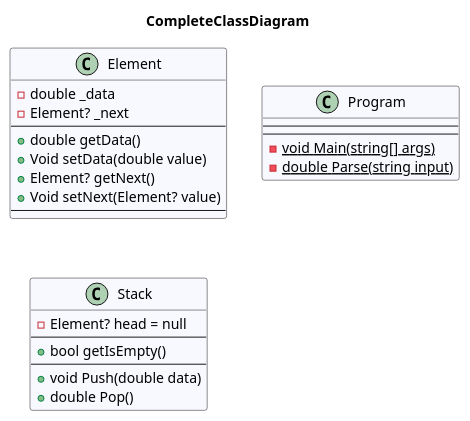
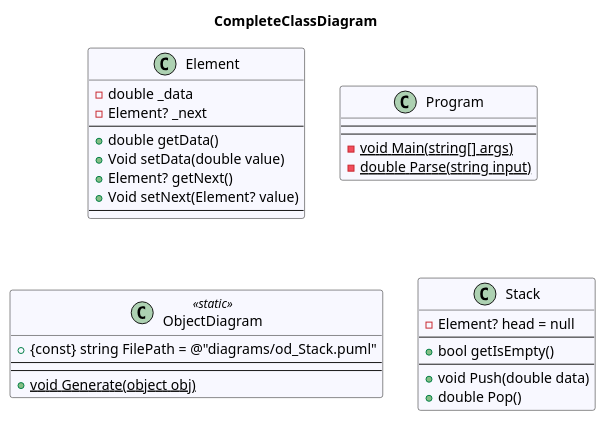
Before and after one commit to leoggehrer/2324-34_ABIF_ACIF_POSE: the diagram in UPNCalculator.ConApp/diagrams/CompleteClassDiagram.puml, drawn with PlantUML. The commit also changed 25 other files, not shown here.

Commit message:
Added object diagram generator.

```diff
--- a/UPNCalculator.ConApp/diagrams/CompleteClassDiagram.puml
+++ b/UPNCalculator.ConApp/diagrams/CompleteClassDiagram.puml
@@ -1,27 +1,33 @@
 @startuml CompleteClassDiagram
 title CompleteClassDiagram
  class Element #GhostWhite {
 - double _data
 - Element? _next
 ---
 + double getData()
 + Void setData(double value)
 + Element? getNext()
 + Void setNext(Element? value)
 ---
 }
  class Program #GhostWhite {
 ---
 ---
 - {static} void Main(string[] args)
 - {static} double Parse(string input)
 }
+ class ObjectDiagram << static >> #GhostWhite {
++ {const} string FilePath = @"diagrams/od_Stack.puml"
+---
+---
++ {static} void Generate(object obj)
+}
  class Stack #GhostWhite {
 - Element? head = null
 ---
 + bool getIsEmpty()
 ---
 + void Push(double data)
 + double Pop()
 }
 @enduml
```
